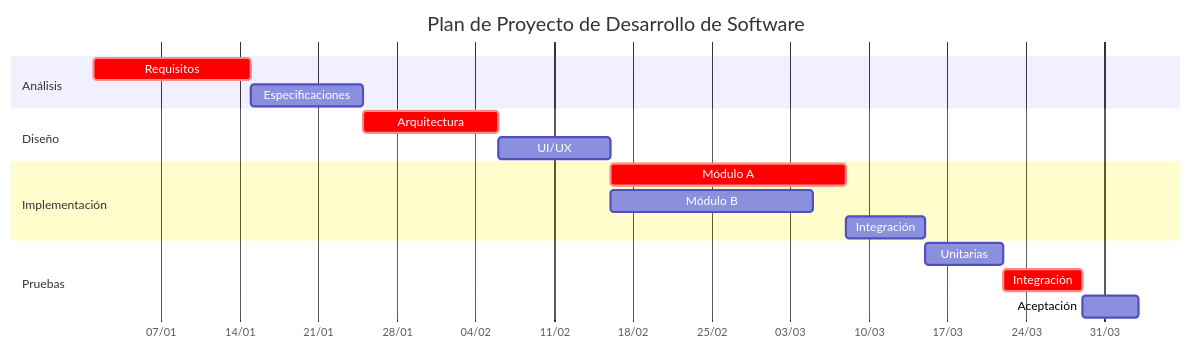
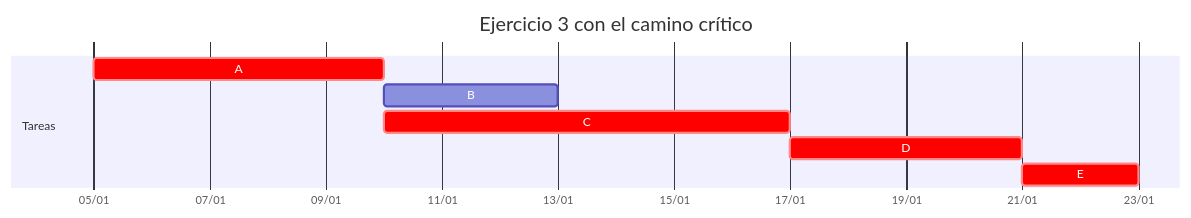
The diagram in public/documents/semester-6/1/6136.md (djaimej/computer-science-template), drawn with Mermaid before and after one commit. The commit also changed other lines of this file and 5 other files, not shown here.

````diff
--- a/public/documents/semester-6/1/6136.md
+++ b/public/documents/semester-6/1/6136.md
@@ -101,24 +44,12 @@
 ```mermaid
 gantt
-    title Plan de Proyecto de Desarrollo de Software
-    dateFormat  YYYY-MM-DD
-    axisFormat  %d/%m
-
-    section Análisis
-    Requisitos       :crit, 2024-01-01, 14d
-    Especificaciones :2024-01-15, 10d
-
-    section Diseño
-    Arquitectura     :crit, 2024-01-25, 12d
-    UI/UX            :2024-02-06, 10d
-
-    section Implementación
-    Módulo A         :crit, 2024-02-16, 21d
-    Módulo B         :2024-02-16, 18d
-    Integración      :2024-03-08, 7d
-
-    section Pruebas
-    Unitarias        :2024-03-15, 7d
-    Integración      :crit, 2024-03-22, 7d
-    Aceptación       :2024-03-29, 5d
+    title Ejercicio 3 con el camino crítico
+    dateFormat YYYY-MM-DD
+    axisFormat %d/%m
+    section Tareas
+    A :crit, a, 2026-01-05, 5d
+    B :b, after a, 3d
+    C :crit, c, after a, 7d
+    D :crit, d, after c, 4d
+    E :crit, e, after d, 2d
 ```
````
